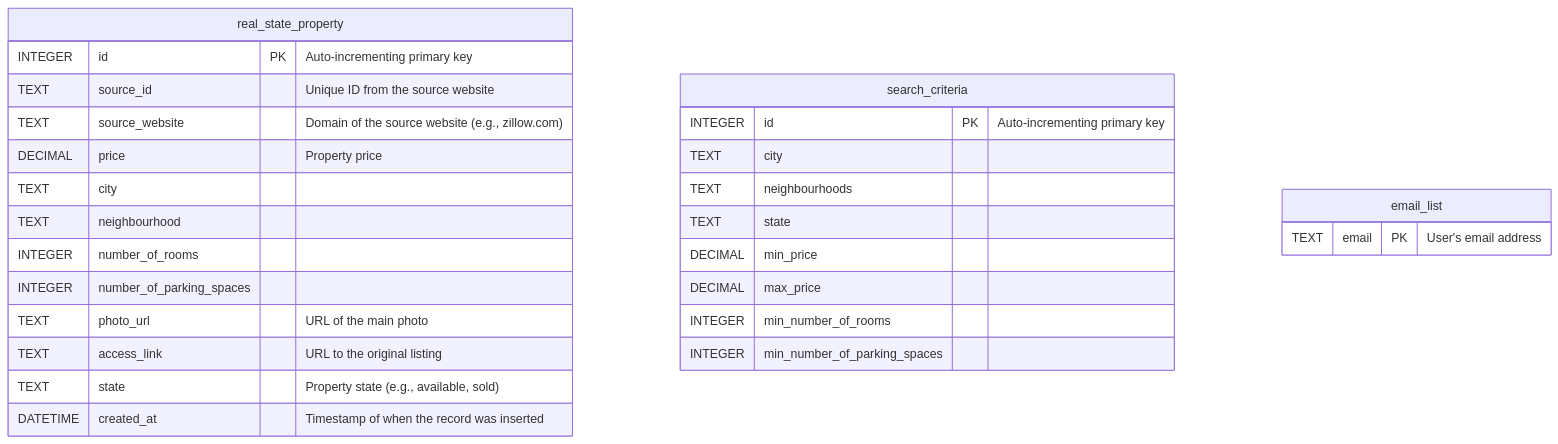
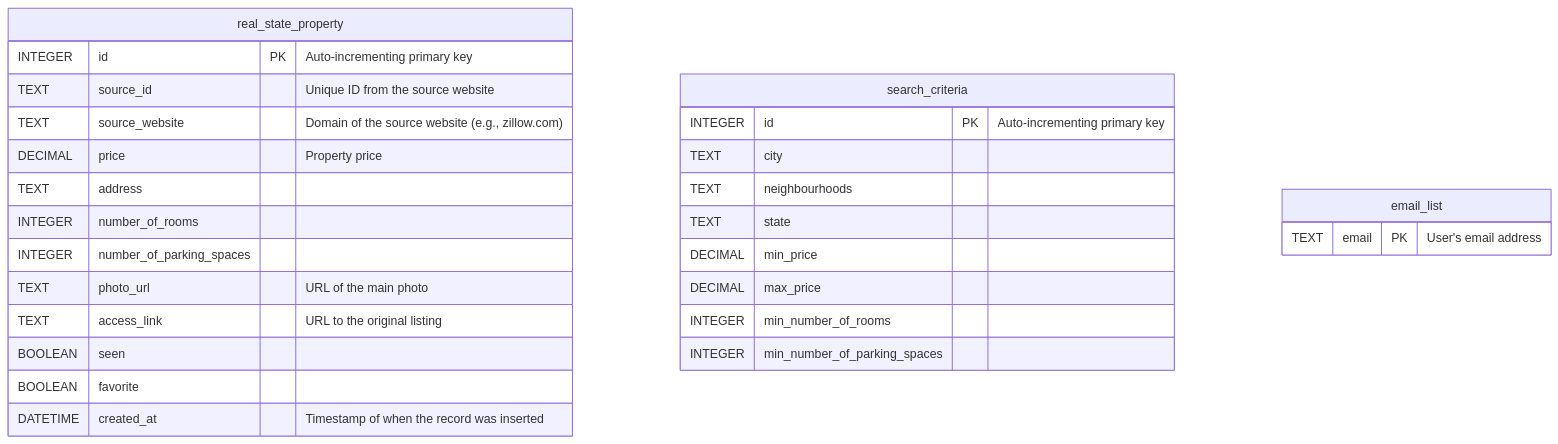
Before and after one commit to limadan/real-state-scrapper: the second of 2 diagrams in docs/ARCHITECTURE.md, drawn with Mermaid. The commit also changed other lines of this file and 10 other files, not shown here.

````diff
--- a/docs/ARCHITECTURE.md
+++ b/docs/ARCHITECTURE.md
@@ -94,32 +94,32 @@
 ```mermaid
 erDiagram
     real_state_property {
         INTEGER id PK "Auto-incrementing primary key"
         TEXT source_id "Unique ID from the source website"
         TEXT source_website "Domain of the source website (e.g., zillow.com)"
         DECIMAL price "Property price"
-        TEXT city
-        TEXT neighbourhood
+        TEXT address
         INTEGER number_of_rooms
         INTEGER number_of_parking_spaces
         TEXT photo_url "URL of the main photo"
         TEXT access_link "URL to the original listing"
-        TEXT state "Property state (e.g., available, sold)"
+        BOOLEAN seen
+        BOOLEAN favorite
         DATETIME created_at "Timestamp of when the record was inserted"
     }
 
     search_criteria {
         INTEGER id PK "Auto-incrementing primary key"
         TEXT city
         TEXT neighbourhoods
         TEXT state
         DECIMAL min_price
         DECIMAL max_price
         INTEGER min_number_of_rooms
         INTEGER min_number_of_parking_spaces
     }
 
     email_list {
         TEXT email PK "User's email address"
     }
 ```
````
